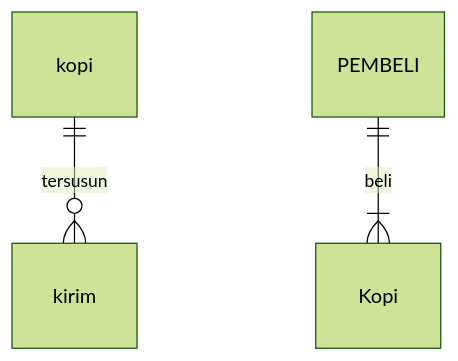
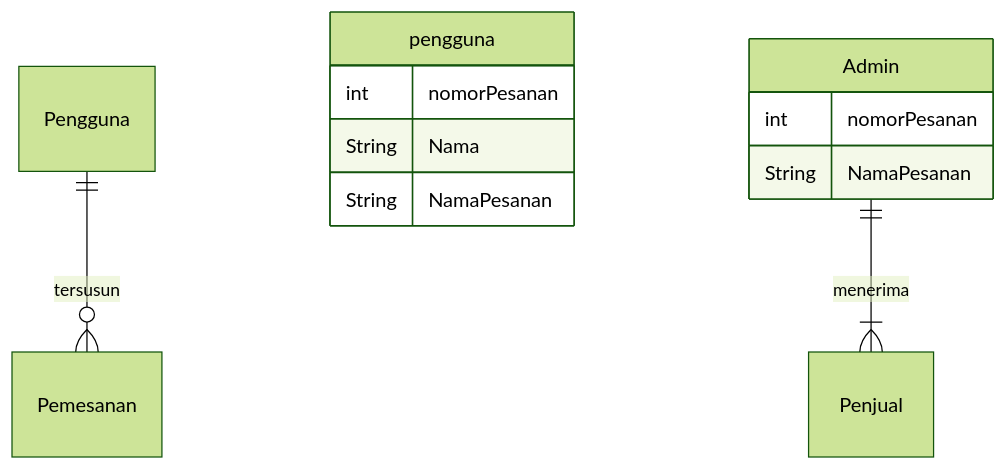
The diagram in job-interview.md (FauziAbdulMalik/Uzi_am14.12), drawn with Mermaid (forest theme) before and after one commit.

````diff
--- a/job-interview.md
+++ b/job-interview.md
@@ -49,5 +49,15 @@
 ```mermaid
 erDiagram
-    kopi ||--o{ kirim : tersusun
-    PEMBELI ||--|{ Kopi : beli
+    Pengguna  ||--o{ Pemesanan : tersusun
+    pengguna {
+       int nomorPesanan 
+       String Nama
+       String NamaPesanan
+       
+     }
+    Admin  ||--|{ Penjual : menerima
+    Admin {
+     int nomorPesanan
+     String NamaPesanan
+}
 ```
````
